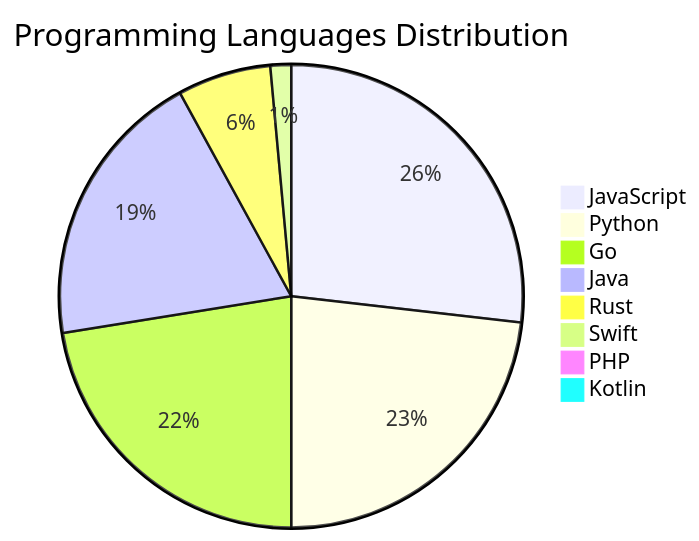
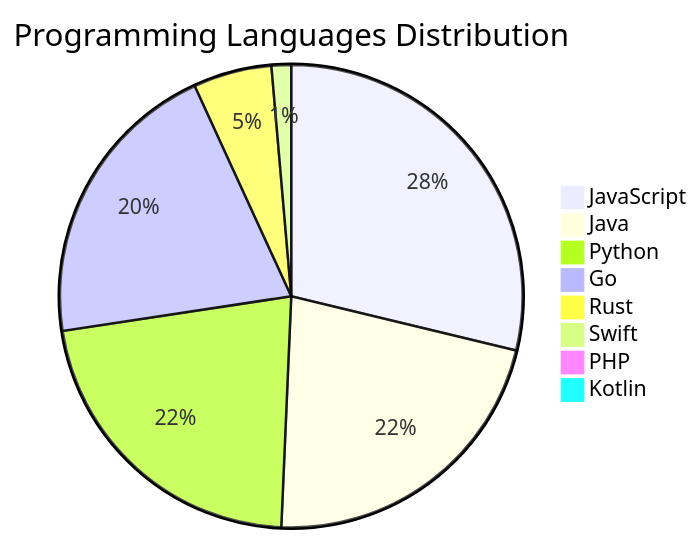
One commit to Derrick-MUGISHA/github-activity-bot changed the diagram in README.md. Above: the diagram before and after it, drawn with Mermaid. The commit also changed other lines of this file and 4 other files, not shown here.

````diff
--- a/README.md
+++ b/README.md
@@ -208,11 +208,11 @@
 ```mermaid
 pie title Programming Languages Distribution
-    "JavaScript" : 37
+    "JavaScript" : 42
+    "Java" : 32
     "Python" : 32
-    "Go" : 31
-    "Java" : 27
-    "Rust" : 9
+    "Go" : 30
+    "Rust" : 8
     "Swift" : 2
     "PHP" : 1
     "Kotlin" : 1
 ```
````
